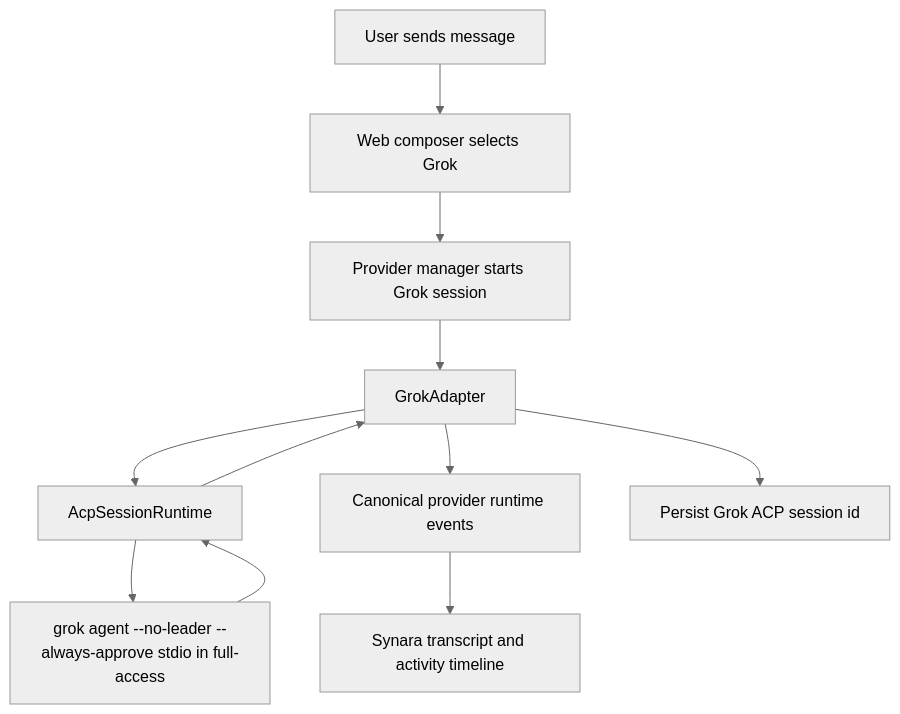
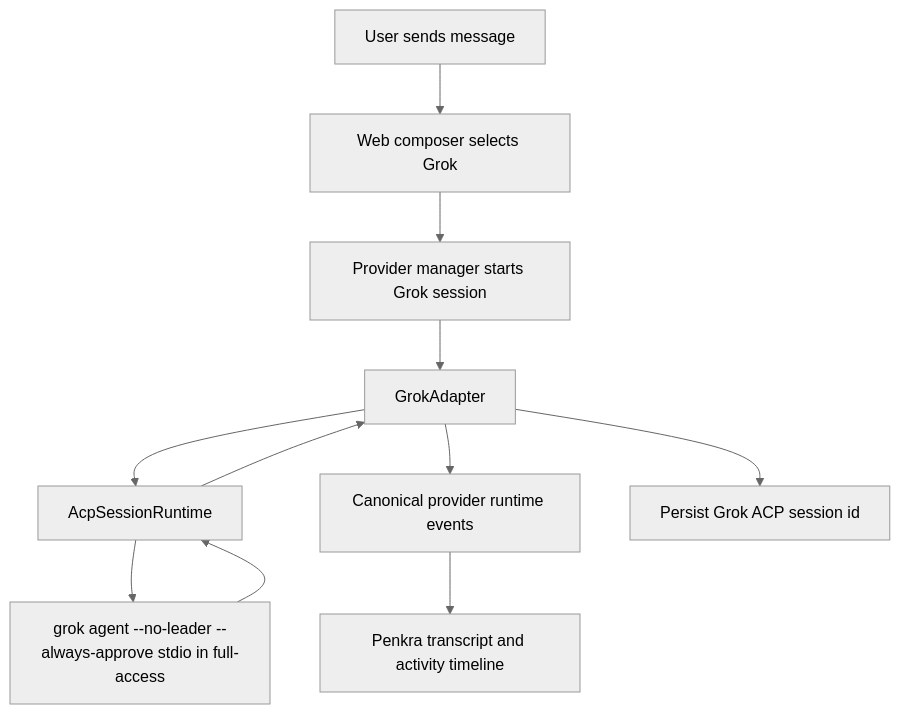
Before and after one commit to penkrahq/penkra: the diagram in docs/RECAP-grok-provider.md, drawn with Mermaid (neutral theme). The commit also changed other lines of this file and 1231 other files, not shown here.

````diff
--- a/docs/RECAP-grok-provider.md
+++ b/docs/RECAP-grok-provider.md
@@ -29,13 +29,13 @@
 ```mermaid
 flowchart TD
   User[User sends message] --> Web[Web composer selects Grok]
   Web --> Server[Provider manager starts Grok session]
   Server --> Adapter[GrokAdapter]
   Adapter --> Runtime[AcpSessionRuntime]
   Runtime --> CLI[grok agent --no-leader --always-approve stdio in full-access]
   CLI --> Runtime
   Runtime --> Adapter
   Adapter --> Events[Canonical provider runtime events]
-  Events --> Transcript[Synara transcript and activity timeline]
+  Events --> Transcript[Penkra transcript and activity timeline]
   Adapter --> Resume[Persist Grok ACP session id]
 ```
````
